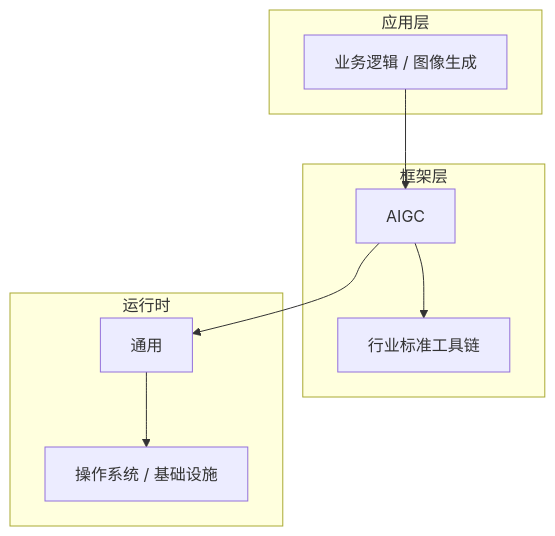
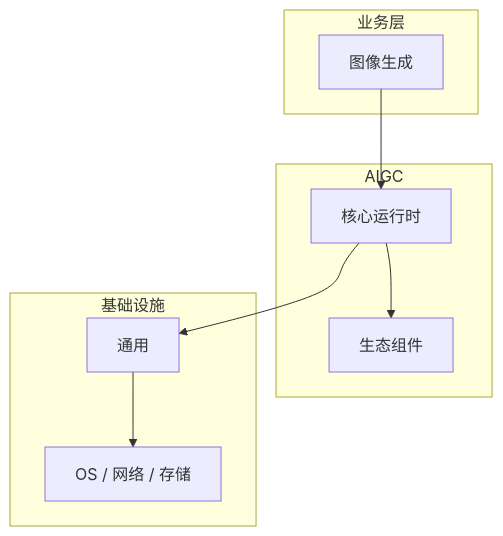
One commit to yanggan2015/knowledge-json-v2 changed the diagram in articles/AIGC/chapters/015-图像生成核心概念与原理.md. Above: the diagram before and after it, drawn with Mermaid. The commit also changed other lines of this file and 10127 other files, not shown here.

````diff
--- a/articles/AIGC/chapters/015-图像生成核心概念与原理.md
+++ b/articles/AIGC/chapters/015-图像生成核心概念与原理.md
@@ -45,18 +30,18 @@
 ```mermaid
 graph TB
-    subgraph 应用层
-        A[业务逻辑 / 图像生成]
+    subgraph 业务层
+        A[图像生成]
     end
-    subgraph 框架层
-        B[AIGC]
-        C[行业标准工具链]
+    subgraph AIGC
+        B[核心运行时]
+        C[生态组件]
     end
-    subgraph 运行时
+    subgraph 基础设施
         D[通用]
-        E[操作系统 / 基础设施]
+        E[OS / 网络 / 存储]
     end
     A --> B
     B --> C
     B --> D
     D --> E
 ```
````
